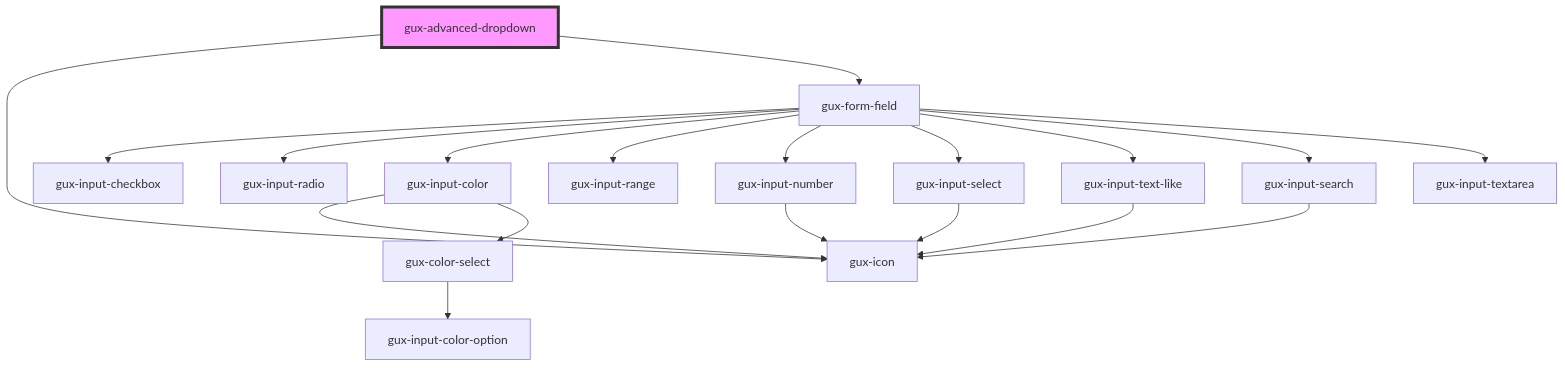
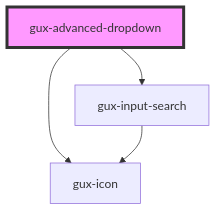
The diagram in src/components/stable/gux-advanced-dropdown/readme.md (MyPureCloud/genesys-spark), drawn with Mermaid before and after one commit. The commit also changed other lines of this file and 8 other files, not shown here.

````diff
--- a/src/components/stable/gux-advanced-dropdown/readme.md
+++ b/src/components/stable/gux-advanced-dropdown/readme.md
@@ -57,22 +57,7 @@
 ```mermaid
 graph TD;
   gux-advanced-dropdown --> gux-icon
-  gux-advanced-dropdown --> gux-form-field
-  gux-form-field --> gux-input-checkbox
-  gux-form-field --> gux-input-radio
-  gux-form-field --> gux-input-color
-  gux-form-field --> gux-input-range
-  gux-form-field --> gux-input-number
-  gux-form-field --> gux-input-select
-  gux-form-field --> gux-input-text-like
-  gux-form-field --> gux-input-search
-  gux-form-field --> gux-input-textarea
-  gux-input-color --> gux-icon
-  gux-input-color --> gux-color-select
-  gux-color-select --> gux-input-color-option
-  gux-input-number --> gux-icon
-  gux-input-select --> gux-icon
-  gux-input-text-like --> gux-icon
+  gux-advanced-dropdown --> gux-input-search
   gux-input-search --> gux-icon
   style gux-advanced-dropdown fill:#f9f,stroke:#333,stroke-width:4px
 ```
````
